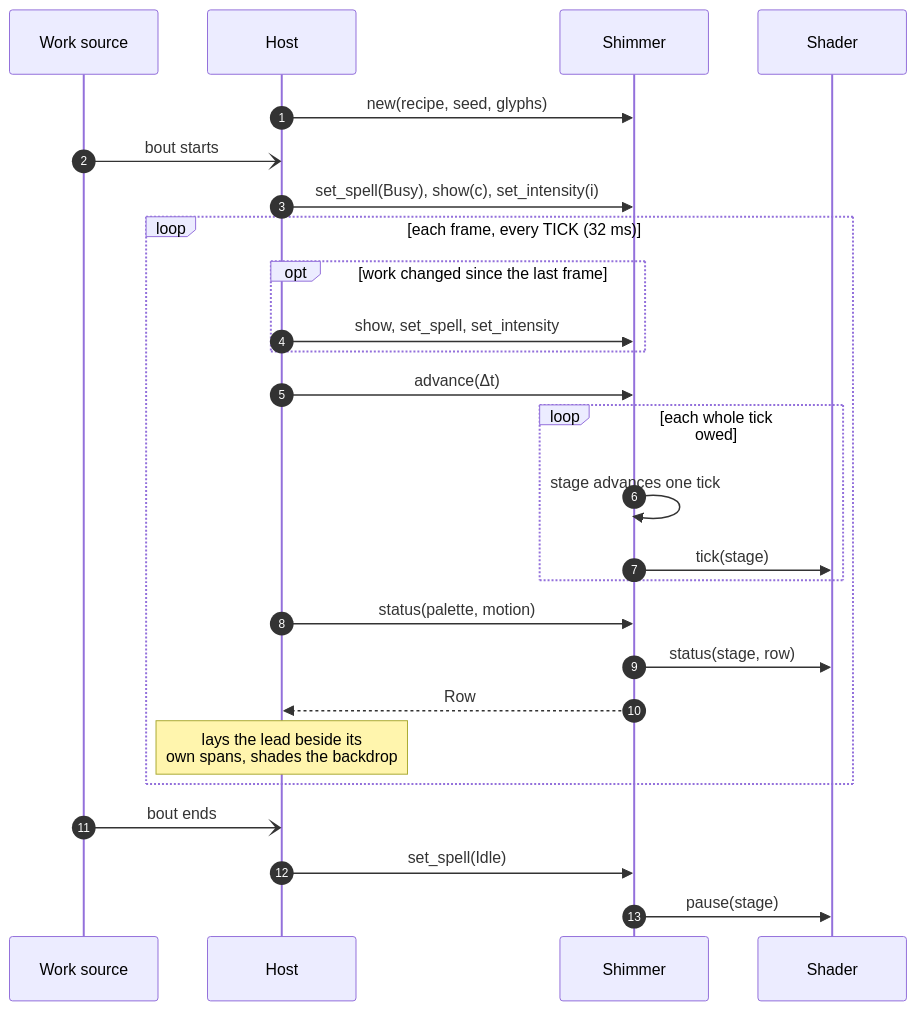
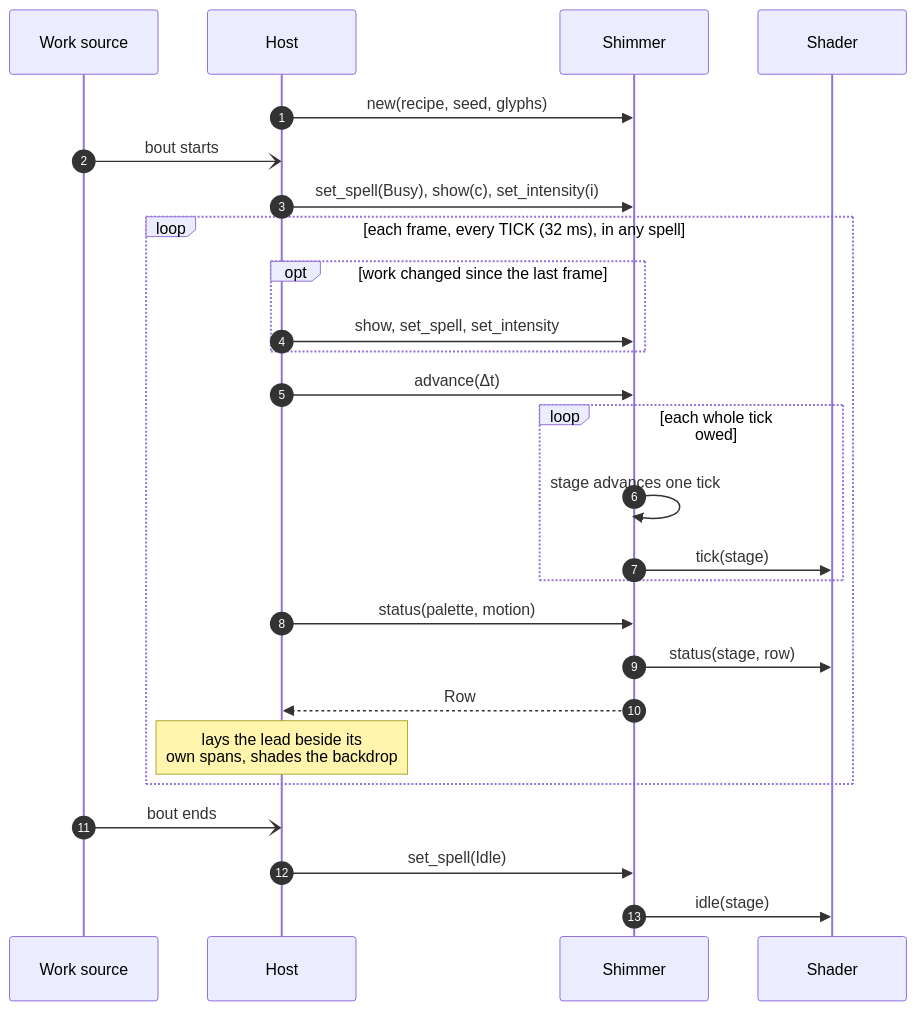
Before and after one commit to aoaoaoaoaoaoaoaoaoaoaoaoaoaoaoaoaoaoaoa/libshimmer: the sixth of 6 diagrams in design/DESIGN.md, drawn with Mermaid. The commit also changed other lines of this file, not shown here.

First line of the commit message:
Let each shader paint Idle as it chooses

````diff
--- a/design/DESIGN.md
+++ b/design/DESIGN.md
@@ -301,28 +301,28 @@
 ```mermaid
 sequenceDiagram
   autonumber
   participant W as Work source
   participant H as Host
   participant S as Shimmer
   participant D as Shader
   H->>S: new(recipe, seed, glyphs)
   W-)H: bout starts
   H->>S: set_spell(Busy), show(c), set_intensity(i)
-  loop each frame, every TICK (32 ms)
+  loop each frame, every TICK (32 ms), in any spell
     opt work changed since the last frame
       H->>S: show, set_spell, set_intensity
     end
     H->>S: advance(Δt)
     loop each whole tick owed
       S->>S: stage advances one tick
       S->>D: tick(stage)
     end
     H->>S: status(palette, motion)
     S->>D: status(stage, row)
     S-->>H: Row
     Note over H: lays the lead beside its<br/>own spans, shades the backdrop
   end
   W-)H: bout ends
   H->>S: set_spell(Idle)
-  S->>D: pause(stage)
+  S->>D: idle(stage)
 ```
````
